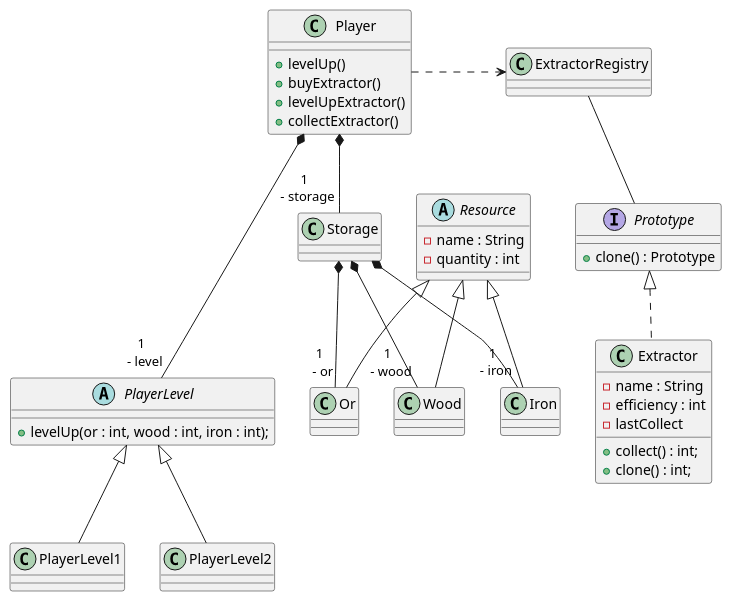
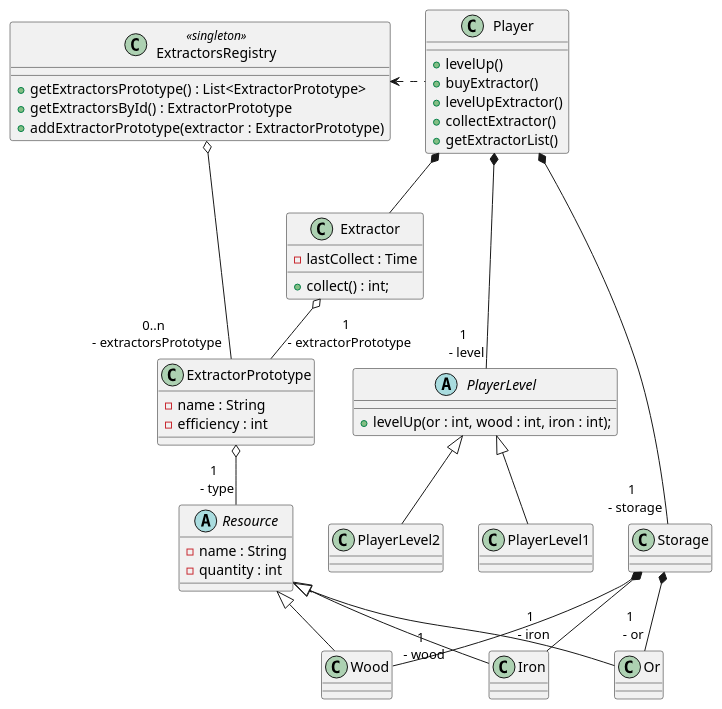
One commit to skelirphoteman/Resource-Management-Game changed the diagram in ProjectManagment/UML/DGeneralClass.puml. Above: the diagram before and after it, drawn with PlantUML. The commit also changed 2 other files, not shown here.

```diff
--- a/ProjectManagment/UML/DGeneralClass.puml
+++ b/ProjectManagment/UML/DGeneralClass.puml
@@ -1,74 +1,73 @@
 @startuml
 'https://plantuml.com/class-diagram
 
 class Player{
 
 
     + levelUp()
     + buyExtractor()
     + levelUpExtractor()
     + collectExtractor()
-
+    + getExtractorList()
 }
 
-interface Prototype{
-    + clone() : Prototype
+class ExtractorsRegistry <<singleton>>{
+    + getExtractorsPrototype() : List<ExtractorPrototype>
+    + getExtractorsById() : ExtractorPrototype
+    + addExtractorPrototype(extractor : ExtractorPrototype)
 }
 
-class ExtractorRegistry{
+ExtractorsRegistry o-- "0..n \n - extractorsPrototype" ExtractorPrototype
 
-}
+Player .left.> ExtractorsRegistry
 
-ExtractorRegistry -- Prototype
-
-Player .right.> ExtractorRegistry
-
-class Extractor implements Prototype{
+class ExtractorPrototype {
     - name : String
     - efficiency : int
-    - lastCollect
-
-
+}
+class Extractor {
+    - lastCollect : Time
     + collect() : int;
-    + clone() : int;
 }
-
+Player *-- Extractor
+ExtractorPrototype o-- "1 \n - type"Resource
+Extractor o-- "1 \n - extractorPrototype" ExtractorPrototype
 
 Player *--- "1 \n - level" PlayerLevel
 Player *-- "1 \n - storage" Storage
 abstract class Resource{
     - name : String
     - quantity : int
 }
 
 class Storage {
 
 }
 Storage *-- "1 \n - or" Or
 Storage *-- "1 \n - wood" Wood
 Storage *-- "1 \n - iron" Iron
 
 class Or extends Resource {
 }
 
 class Wood extends Resource {
 }
 
 
 class Iron extends Resource {
 }
 
 abstract class PlayerLevel {
     + levelUp(or : int, wood : int, iron : int);
 }
 
 
 class PlayerLevel1 extends PlayerLevel {
 
 }
 
 class PlayerLevel2 extends PlayerLevel {
 
 }
 
 @enduml
```
